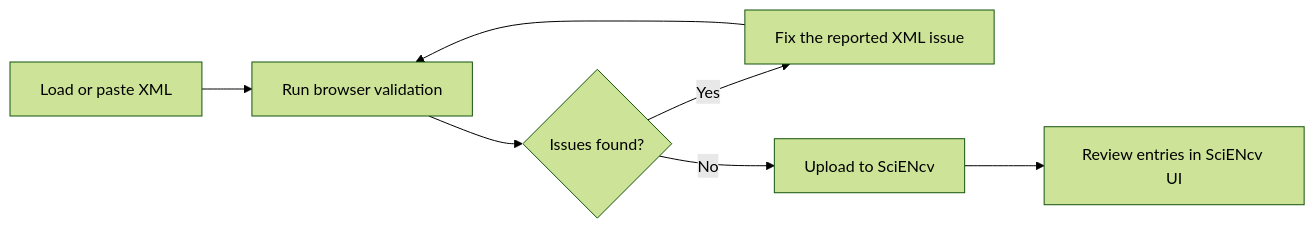
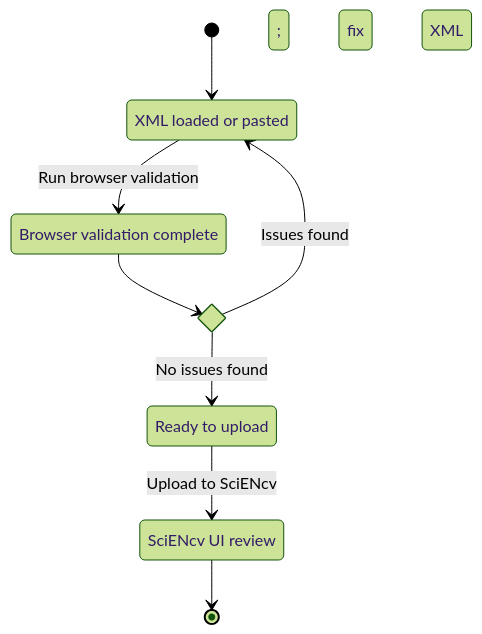
The diagram in docs/other-support/xml-upload/validator.md (FritscheLab/nih-sciencv-playbook), drawn with Mermaid (forest theme) before and after one commit. The commit also changed 60 other files, not shown here.

Commit message:
feat: refresh NIH guidance and harden CPOS XML validation

````diff
--- a/docs/other-support/xml-upload/validator.md
+++ b/docs/other-support/xml-upload/validator.md
@@ -16,11 +16,18 @@
 ```mermaid
-flowchart LR
+stateDiagram-v2
+    direction TB
     accTitle: Browser validator workflow
-    accDescr: The browser validator checks CPOS XML locally, reports common issues, and sends corrected XML back to SciENcv upload review.
-    A["Load or paste XML"] --> B["Run browser validation"]
-    B --> C{"Issues found?"}
-    C -- "Yes" --> D["Fix the reported XML issue"]
-    D --> B
-    C -- "No" --> E["Upload to SciENcv"]
-    E --> F["Review entries in SciENcv UI"]
+    accDescr: XML is checked locally in the browser. Reported issues return the file for correction and another check; a clean result proceeds to upload and review in SciENcv.
+    state "XML loaded or pasted" as Loaded
+    state "Browser validation complete" as Checked
+    state Result <<choice>>
+    state "Ready to upload" as UploadReady
+    state "SciENcv UI review" as Review
+    [*] --> Loaded
+    Loaded --> Checked: Run browser validation
+    Checked --> Result
+    Result --> Loaded: Issues found; fix XML
+    Result --> UploadReady: No issues found
+    UploadReady --> Review: Upload to SciENcv
+    Review --> [*]
 ```
````
